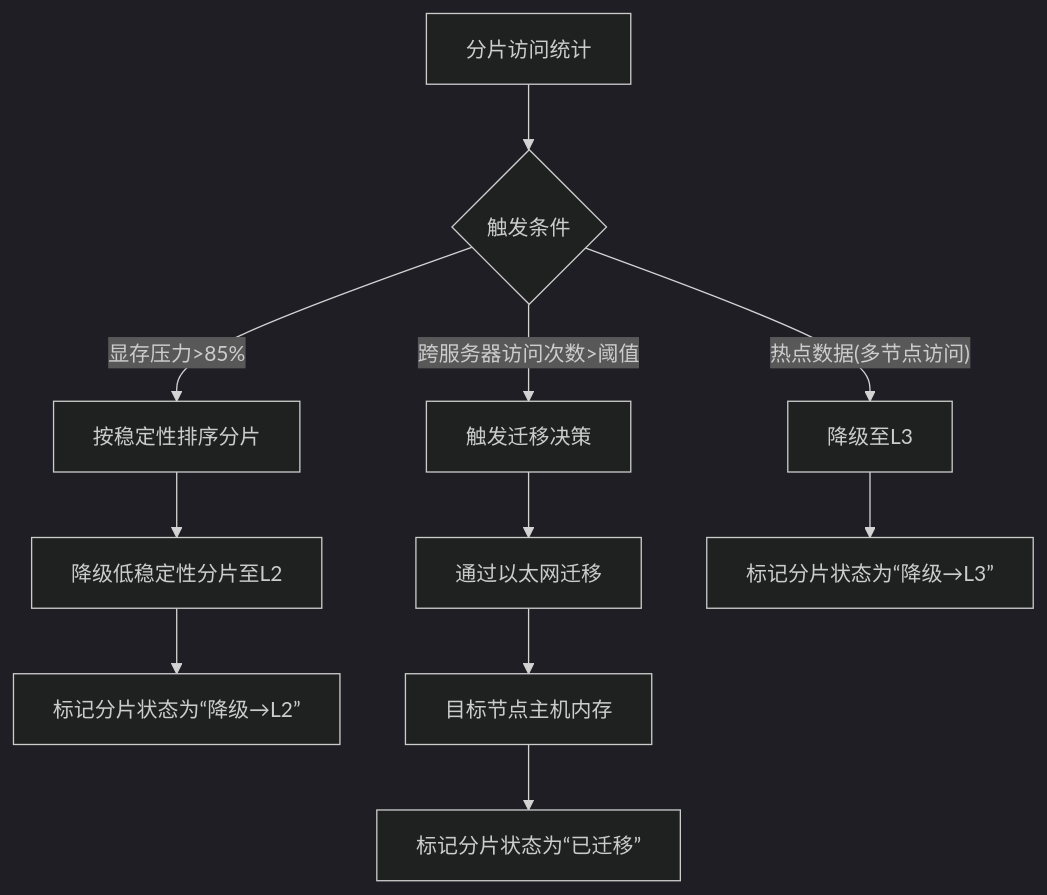
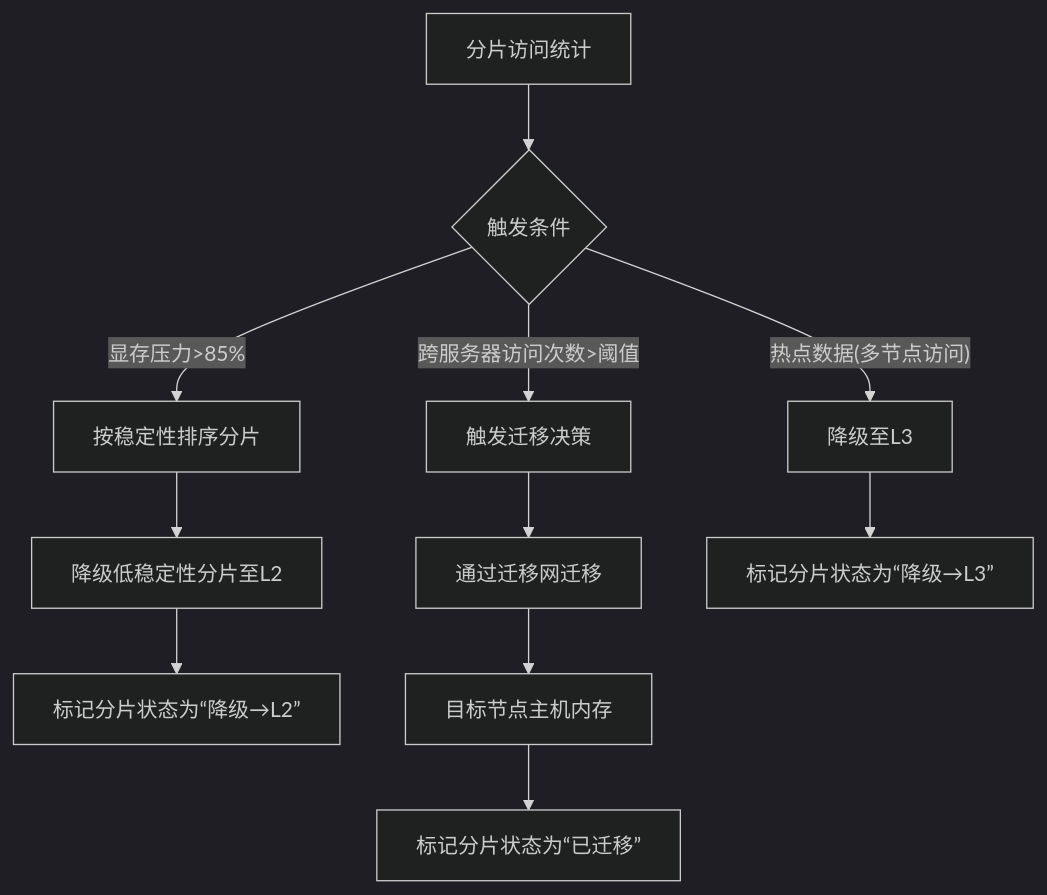
Before and after one commit to hiicl/Helios-Calculation: the third of 7 diagrams in README.md, drawn with Mermaid (dark theme). The commit also changed other lines of this file, not shown here.

````diff
--- a/README.md
+++ b/README.md
@@ -177,13 +177,13 @@
 ```mermaid
 graph TB
     A[分片访问统计] --> B{触发条件}
     B -->|显存压力>85%| C[按稳定性排序分片]
     B -->|跨服务器访问次数>阈值| D[触发迁移决策]
     B -->|"热点数据(多节点访问)"| E[降级至L3]
     C --> F[降级低稳定性分片至L2]
     F --> G[标记分片状态为“降级→L2”]
-    D --> H[通过以太网迁移]
+    D --> H[通过迁移网迁移]
     H --> I[目标节点主机内存]
     I --> J[标记分片状态为“已迁移”]
     E --> K[标记分片状态为“降级→L3”]
 ```
````
